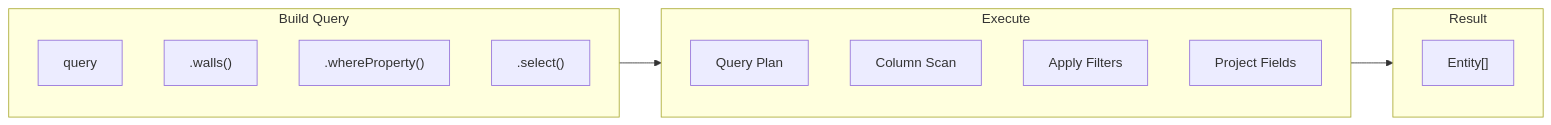
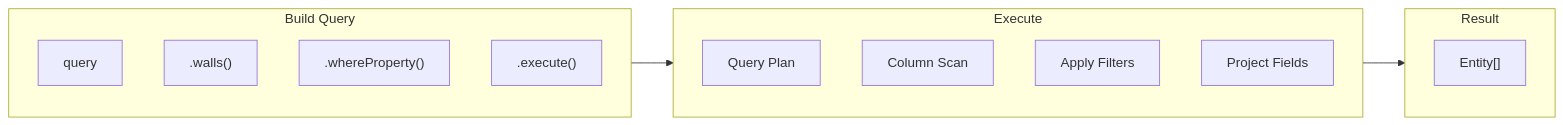
One commit to LTplus-AG/ifc-lite changed diagram 12 of 16 in docs/architecture/data-flow.md. Above: the diagram before and after it, drawn with Mermaid. The commit also changed other lines of this file and 3 other files, not shown here.

Commit message:
docs(architecture): fix stale names and paths in geometry and data-flow docs

````diff
--- a/docs/architecture/data-flow.md
+++ b/docs/architecture/data-flow.md
@@ -318,22 +318,22 @@
 ```mermaid
 flowchart LR
     subgraph Build["Build Query"]
         Start["query"]
         Type[".walls()"]
         Filter[".whereProperty()"]
-        Select[".select()"]
+        Select[".execute()"]
     end
 
     subgraph Execute["Execute"]
         Plan["Query Plan"]
         Scan["Column Scan"]
         Filter2["Apply Filters"]
         Project["Project Fields"]
     end
 
     subgraph Result["Result"]
         Array["Entity[]"]
     end
 
     Build --> Execute --> Result
 ```
````
